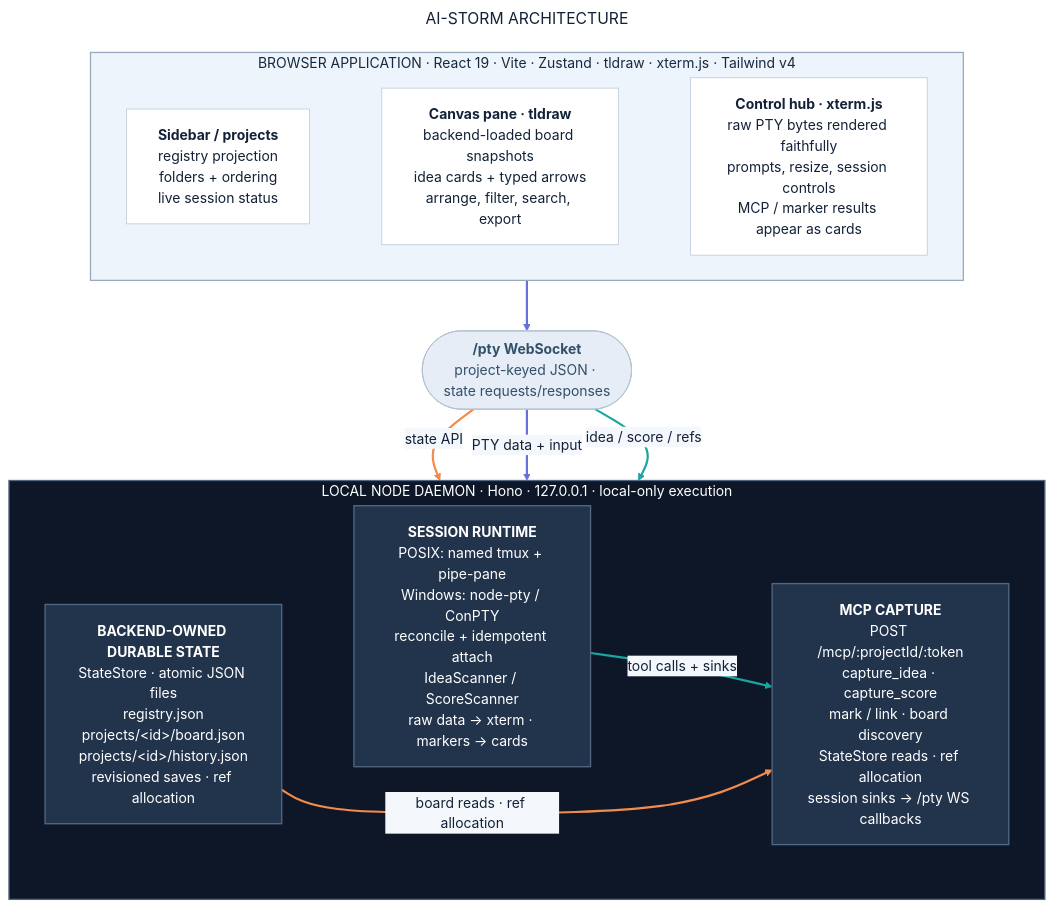
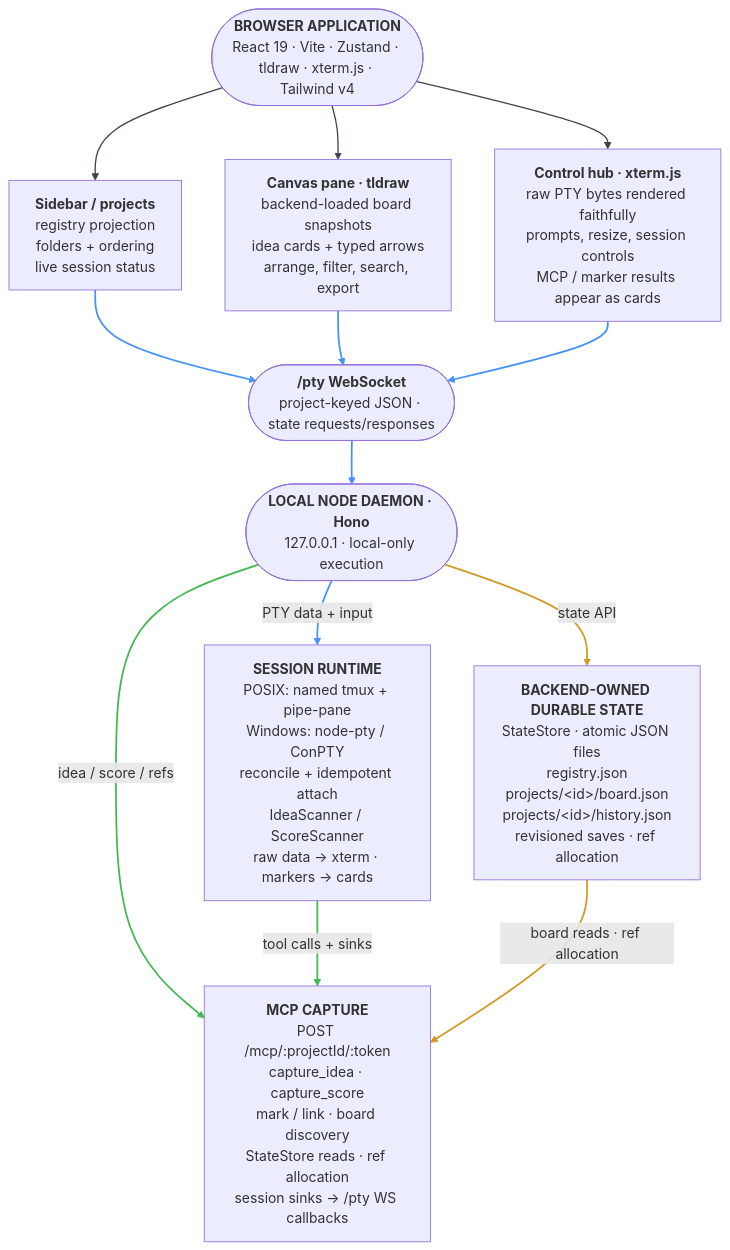
The diagram in docs/media/architecture.mmd (drdreo/ai-storm), drawn with Mermaid before and after one commit. The commit also changed 6 other files, not shown here.

Commit message:
docs: render architecture with beautiful Mermaid

```diff
--- a/docs/media/architecture.mmd
+++ b/docs/media/architecture.mmd
@@ -1,55 +1,25 @@
----
-title: AI-STORM ARCHITECTURE
-config:
-  theme: base
-  themeVariables:
-    fontFamily: Arial, sans-serif
-    primaryTextColor: "#132238"
-    lineColor: "#6670d8"
-    clusterBkg: "#eef4fb"
-    clusterBorder: "#9aaabd"
-    edgeLabelBackground: "#f4f8fc"
-  flowchart:
-    htmlLabels: true
-    curve: basis
-    nodeSpacing: 38
-    rankSpacing: 58
-    padding: 18
----
-%% Rendered with @mermaid-js/mermaid-cli 11.16.0:
-%% mmdc -i docs/media/architecture.mmd -o docs/media/architecture.png -b '#f4f8fc' -w 1600 -H 1000
+%% Canonical architecture source. Render with: pnpm docs:render
 flowchart TB
-  subgraph browser["BROWSER APPLICATION · React 19 · Vite · Zustand · tldraw · xterm.js · Tailwind v4"]
-    direction LR
-    sidebar["<b>Sidebar / projects</b><br/>registry projection<br/>folders + ordering<br/>live session status"]:::browserNode
-    canvas["<b>Canvas pane · tldraw</b><br/>backend-loaded board snapshots<br/>idea cards + typed arrows<br/>arrange, filter, search, export"]:::browserNode
-    hub["<b>Control hub · xterm.js</b><br/>raw PTY bytes rendered faithfully<br/>prompts, resize, session controls<br/>MCP / marker results appear as cards"]:::browserNode
-    sidebar ~~~ canvas ~~~ hub
-  end
+  browser(["<b>BROWSER APPLICATION</b><br/>React 19 · Vite · Zustand · tldraw · xterm.js · Tailwind v4"])
+  sidebar["<b>Sidebar / projects</b><br/>registry projection<br/>folders + ordering<br/>live session status"]
+  canvas["<b>Canvas pane · tldraw</b><br/>backend-loaded board snapshots<br/>idea cards + typed arrows<br/>arrange, filter, search, export"]
+  hub["<b>Control hub · xterm.js</b><br/>raw PTY bytes rendered faithfully<br/>prompts, resize, session controls<br/>MCP / marker results appear as cards"]
+  transport(["<b>/pty WebSocket</b><br/>project-keyed JSON · state requests/responses"])
+  daemon(["<b>LOCAL NODE DAEMON · Hono</b><br/>127.0.0.1 · local-only execution"])
+  state["<b>BACKEND-OWNED DURABLE STATE</b><br/>StateStore · atomic JSON files<br/>registry.json<br/>projects/&lt;id&gt;/board.json<br/>projects/&lt;id&gt;/history.json<br/>revisioned saves · ref allocation"]
+  runtime["<b>SESSION RUNTIME</b><br/>POSIX: named tmux + pipe-pane<br/>Windows: node-pty / ConPTY<br/>reconcile + idempotent attach<br/>IdeaScanner / ScoreScanner<br/>raw data → xterm · markers → cards"]
+  mcp["<b>MCP CAPTURE</b><br/>POST /mcp/:projectId/:token<br/>capture_idea · capture_score<br/>mark / link · board discovery<br/>StateStore reads · ref allocation<br/>session sinks → /pty WS callbacks"]
 
-  transport(["<b>/pty WebSocket</b><br/>project-keyed JSON · state requests/responses"]):::transport
+  browser --> sidebar & canvas & hub
+  sidebar & canvas & hub --> transport
+  transport --> daemon
+  daemon -->|state API| state
+  daemon -->|PTY data + input| runtime
+  daemon -->|idea / score / refs| mcp
+  runtime -->|tool calls + sinks| mcp
+  state -->|board reads · ref allocation| mcp
 
-  subgraph daemon["LOCAL NODE DAEMON · Hono · 127.0.0.1 · local-only execution"]
-    direction LR
-    state["<b>BACKEND-OWNED DURABLE STATE</b><br/>StateStore · atomic JSON files<br/>registry.json<br/>projects/&lt;id&gt;/board.json<br/>projects/&lt;id&gt;/history.json<br/>revisioned saves · ref allocation"]:::daemonNode
-    runtime["<b>SESSION RUNTIME</b><br/>POSIX: named tmux + pipe-pane<br/>Windows: node-pty / ConPTY<br/>reconcile + idempotent attach<br/>IdeaScanner / ScoreScanner<br/>raw data → xterm · markers → cards"]:::daemonNode
-    mcp["<b>MCP CAPTURE</b><br/>POST /mcp/:projectId/:token<br/>capture_idea · capture_score<br/>mark / link · board discovery<br/>StateStore reads · ref allocation<br/>session sinks → /pty WS callbacks"]:::daemonNode
-    state ~~~ runtime ~~~ mcp
-  end
-
-  canvas --> transport
-  transport --> |state API| state
-  transport --> |PTY data + input| runtime
-  transport --> |idea / score / refs| mcp
-  runtime --> |tool calls + sinks| mcp
-  state --> |board reads · ref allocation| mcp
-
-  classDef browserNode fill:#ffffff,stroke:#c2cedb,color:#132238,stroke-width:1px;
-  classDef transport fill:#e7edf6,stroke:#b3c1d1,color:#315069,stroke-width:1px;
-  classDef daemonNode fill:#22334c,stroke:#526985,color:#ffffff,stroke-width:1.5px;
-  style browser fill:#eef4fb,stroke:#9aaabd,stroke-width:1.5px,color:#162940
-  style daemon fill:#0e1728,stroke:#536781,stroke-width:1.5px,color:#ffffff
-
-  linkStyle 4,6 stroke:#6670d8,stroke-width:2.5px
-  linkStyle 5,9 stroke:#f28b4b,stroke-width:2.5px
-  linkStyle 7,8 stroke:#18a7a0,stroke-width:2.5px
+  linkStyle 0,1,2 stroke:#3d444d,stroke-width:1.5px
+  linkStyle 3,4,5,6,8 stroke:#4493f8,stroke-width:2px
+  linkStyle 7,11 stroke:#d29922,stroke-width:2px
+  linkStyle 9,10 stroke:#3fb950,stroke-width:2px
```
